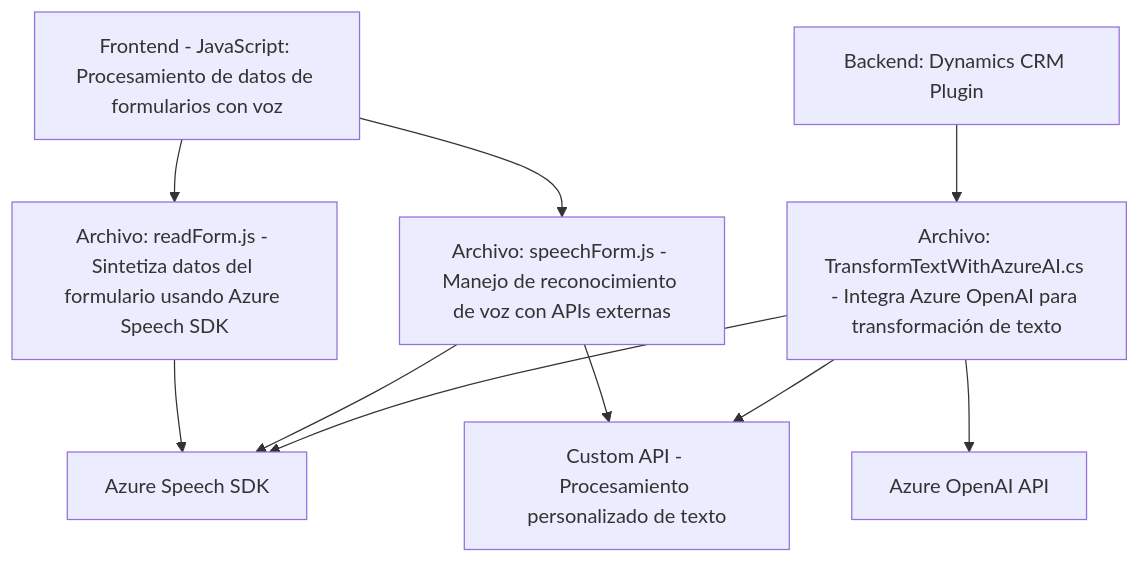
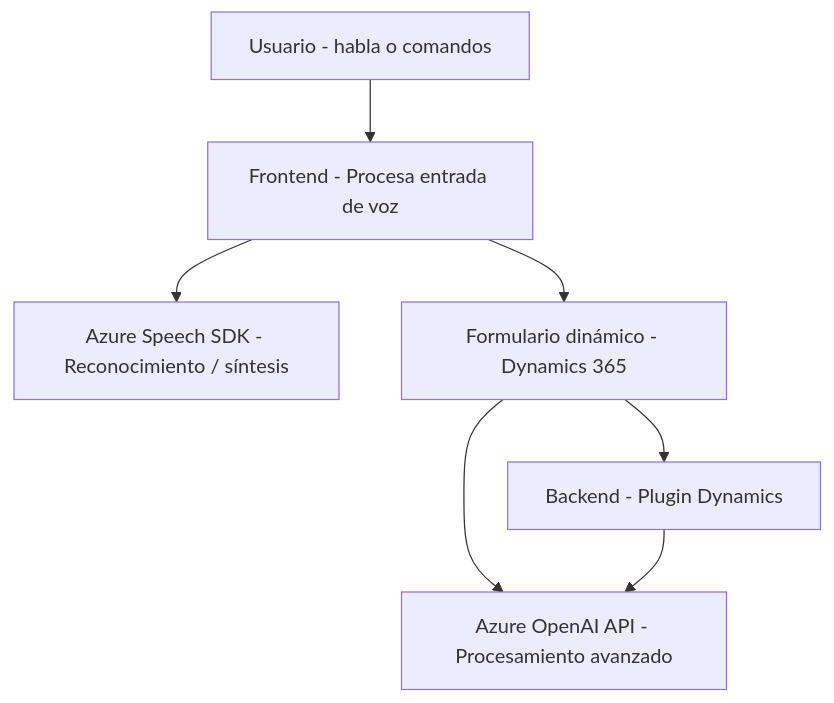
The diagram in README.md (blopezdm/NETCORE_BILBAO2025), drawn with Mermaid before and after one commit. The commit also changed other lines of this file, not shown here.

Commit message:
Actualizar análisis global de la solución con IA

````diff
--- a/README.md
+++ b/README.md
@@ -64,22 +40,16 @@
 ```mermaid
 graph TD
+    A["Usuario - habla o comandos"]
+    B["Frontend - Procesa entrada de voz"]
+    C["Azure Speech SDK - Reconocimiento / síntesis"]
+    D["Formulario dinámico - Dynamics 365"]
+    E["Backend - Plugin Dynamics"]
+    F["Azure OpenAI API - Procesamiento avanzado"]
 
-A["Frontend - JavaScript: Procesamiento de datos de formularios con voz"]
-B["Archivo: readForm.js - Sintetiza datos del formulario usando Azure Speech SDK"]
-C["Archivo: speechForm.js - Manejo de reconocimiento de voz con APIs externas"]
-D["Backend: Dynamics CRM Plugin"]
-E["Archivo: TransformTextWithAzureAI.cs - Integra Azure OpenAI para transformación de texto"]
-F["Azure Speech SDK"]
-G["Azure OpenAI API"]
-H["Custom API - Procesamiento personalizado de texto"]
-
-A --> B
-A --> C
-B --> F
-C --> F
-C --> H
-D --> E
-E --> G
-E --> F
-E --> H
+    A --> B
+    B --> C
+    B --> D
+    D --> E
+    D --> F
+    E --> F
 ```
````
